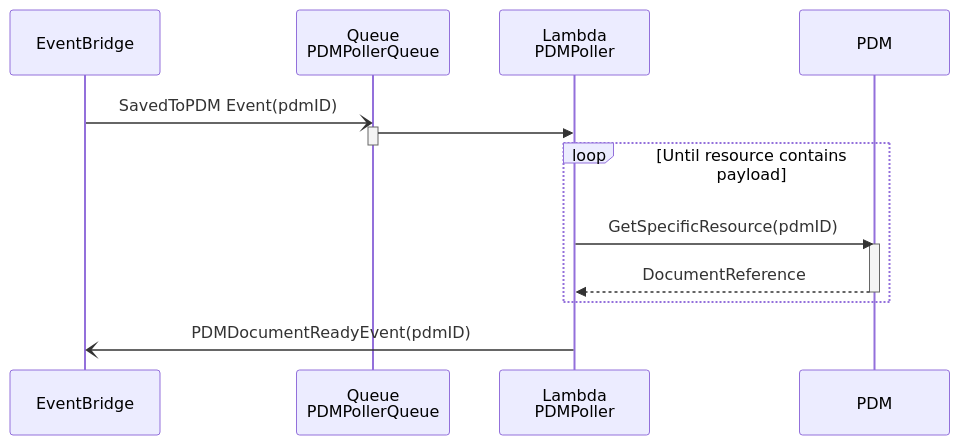
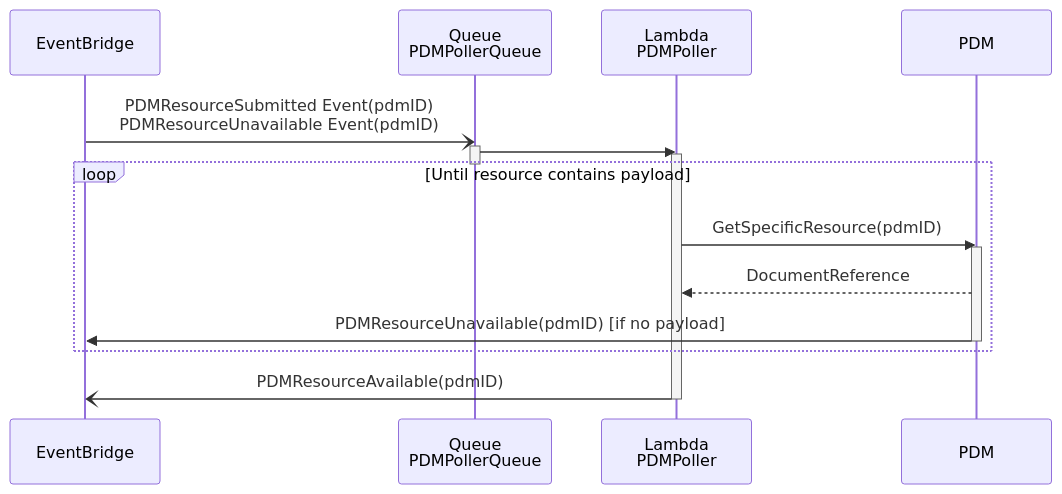
Before and after one commit to RossBugginsNHS/nhs-notify-digital-letters: the diagram in docs/diagrams/pdm-poll.md, drawn with Mermaid. The commit also changed 20 other files, not shown here.

First line of the commit message:
CCM-12774: Updated event names. Added reporting architecture (#77)

````diff
--- a/docs/diagrams/pdm-poll.md
+++ b/docs/diagrams/pdm-poll.md
@@ -14,20 +14,23 @@
 ```mermaid
 
 sequenceDiagram
   participant eventBus as EventBridge
   participant pdmPollerQueue as Queue<br/>PDMPollerQueue
   participant pdmPoller as Lambda<br/>PDMPoller
   participant pdm as PDM
 
-  eventBus -) pdmPollerQueue: SavedToPDM Event(pdmID)
+  eventBus -) pdmPollerQueue: PDMResourceSubmitted Event(pdmID)<br/>PDMResourceUnavailable Event(pdmID)
   activate pdmPollerQueue
   pdmPollerQueue ->> pdmPoller:
   deactivate pdmPollerQueue
+  activate pdmPoller
   loop Until resource contains payload
     pdmPoller ->> pdm: GetSpecificResource(pdmID)
     activate pdm
     pdm -->> pdmPoller: DocumentReference
+    pdm ->> eventBus: PDMResourceUnavailable(pdmID) [if no payload]
     deactivate pdm
   end
-  pdmPoller -) eventBus: PDMDocumentReadyEvent(pdmID)
+  pdmPoller -) eventBus: PDMResourceAvailable(pdmID)
+  deactivate pdmPoller
 ```
````
